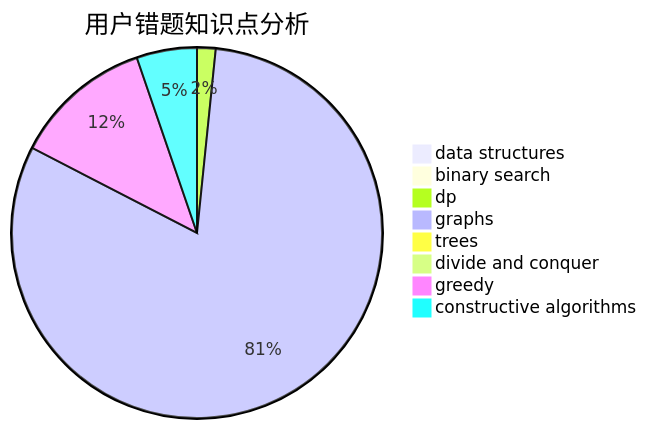
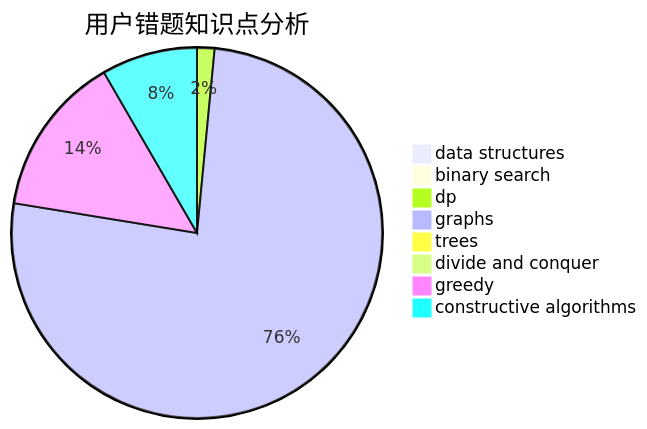
Before and after one commit to sherpahu/cfrs.github.io: the third of 3 diagrams in docs/user/u555.md, drawn with Mermaid. The commit also changed other lines of this file and 2770 other files, not shown here.

````diff
--- a/docs/user/u555.md
+++ b/docs/user/u555.md
@@ -36,11 +36,11 @@
 ```mermaid
 pie title 用户错题知识点分析
     "data structures" :  0
     "binary search" :  1
     "dp" :  4
     "graphs" :  200
     "trees" :  0
     "divide and conquer" :  0
-    "greedy" :  30
-    "constructive algorithms" :  13
+    "greedy" :  37
+    "constructive algorithms" :  22
 ```
````
